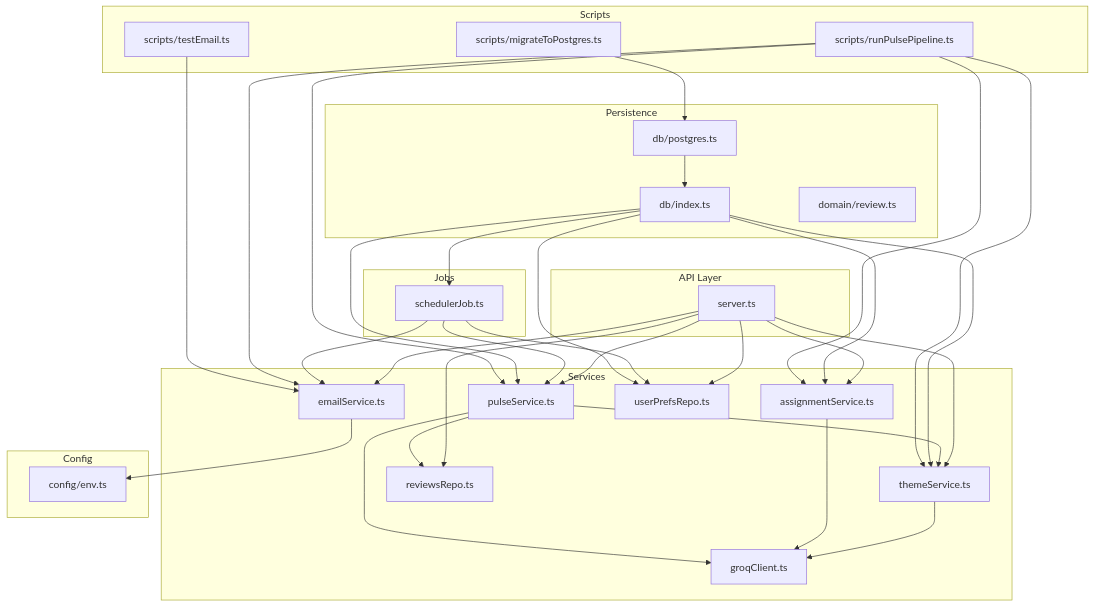
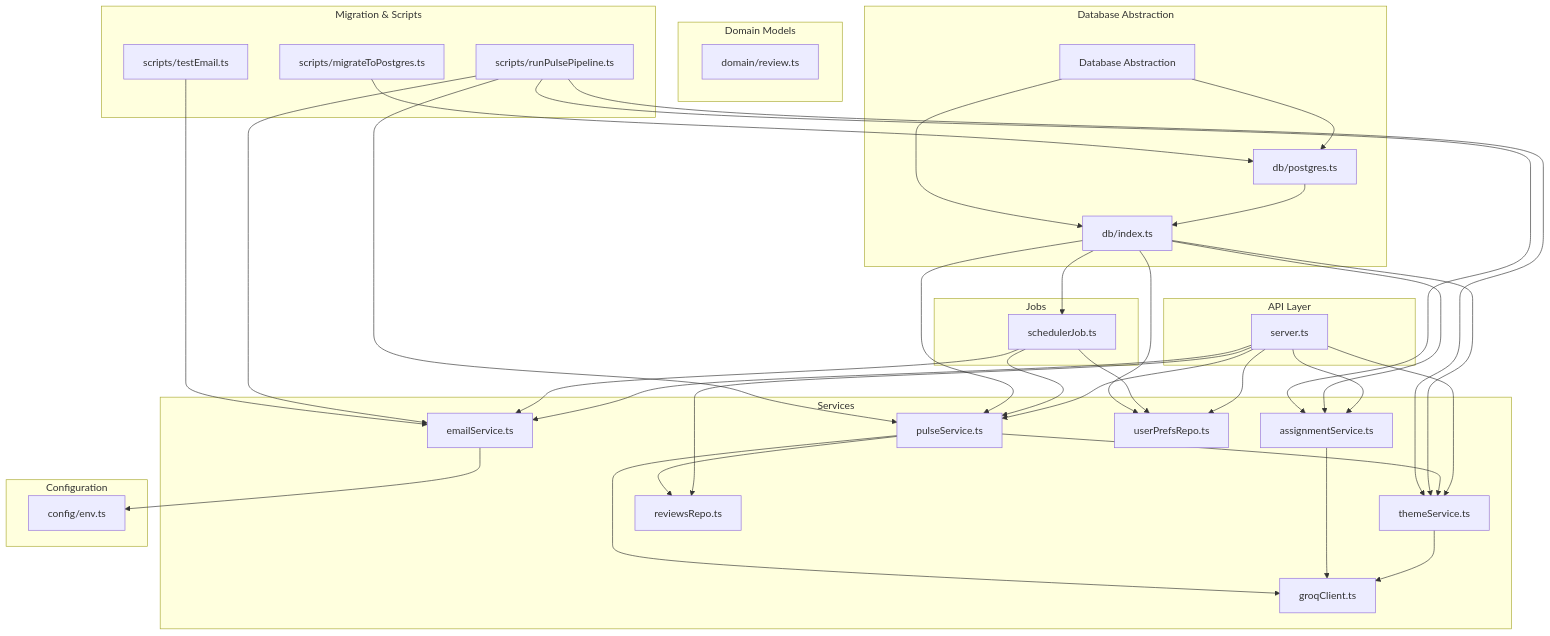
One commit to aravinthraj-ramalingam/Groww-App-Review-Insights-Analyzer- changed the first of 14 diagrams in .qoder/repowiki/en/content/Phase 2_ Advanced Analytics & Automation/Phase 2_ Advanced Analytics & Automation.md. Above: the diagram before and after it, drawn with Mermaid. The commit also changed other lines of this file and 4 other files, not shown here.

````diff
--- a/.qoder/repowiki/en/content/Phase 2_ Advanced Analytics & Automation/Phase 2_ Advanced Analytics & Automation.md
+++ b/.qoder/repowiki/en/content/Phase 2_ Advanced Analytics & Automation/Phase 2_ Advanced Analytics & Automation.md
@@ -59,58 +60,63 @@
 ```mermaid
 graph TB
 subgraph "API Layer"
 S["server.ts"]
 end
 subgraph "Services"
 G["groqClient.ts"]
 TS["themeService.ts"]
 AS["assignmentService.ts"]
 PS["pulseService.ts"]
 ES["emailService.ts"]
 UR["userPrefsRepo.ts"]
 RR["reviewsRepo.ts"]
 end
 subgraph "Jobs"
 SJ["schedulerJob.ts"]
 end
-subgraph "Persistence"
+subgraph "Database Abstraction"
 DB["db/index.ts"]
 PG["db/postgres.ts"]
+DA["Database Abstraction"]
+end
+subgraph "Domain Models"
 DM["domain/review.ts"]
 end
-subgraph "Config"
+subgraph "Configuration"
 CFG["config/env.ts"]
 end
-subgraph "Scripts"
+subgraph "Migration & Scripts"
 PIPE["scripts/runPulsePipeline.ts"]
 TEST["scripts/testEmail.ts"]
 MIG["scripts/migrateToPostgres.ts"]
 end
 S --> TS
 S --> AS
 S --> PS
 S --> ES
 S --> UR
 S --> RR
 TS --> G
 AS --> G
 PS --> G
 PS --> RR
 PS --> TS
 ES --> CFG
 SJ --> PS
 SJ --> ES
 SJ --> UR
 DB --> TS
 DB --> AS
 DB --> PS
 DB --> UR
 DB --> SJ
 PG --> DB
+DA --> DB
+DA --> PG
+MIG --> PG
 PIPE --> TS
 PIPE --> AS
 PIPE --> PS
 PIPE --> ES
 TEST --> ES
-MIG --> PG
 ```
````
